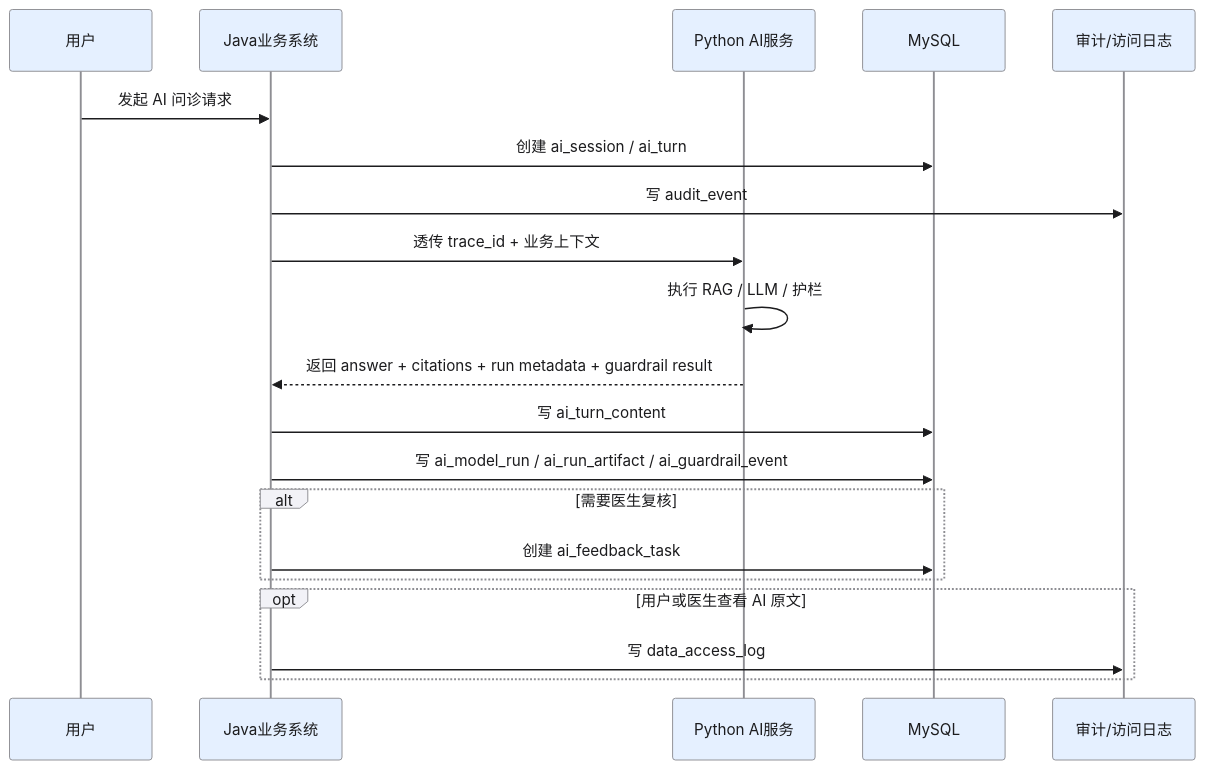
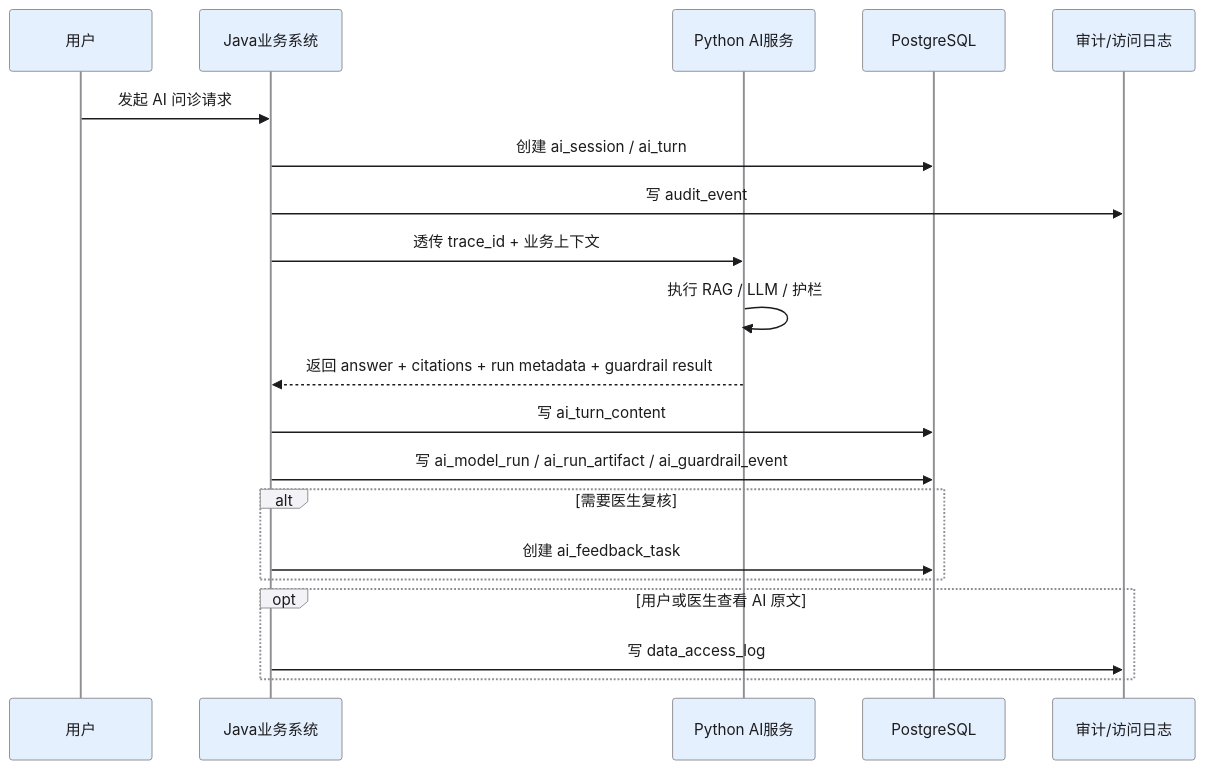
The second of 3 diagrams in docs/07B-AI-AUDIT-V3.md (JianwenShaw/MediAskDocs), drawn with Mermaid before and after one commit. The commit also changed other lines of this file and 15 other files, not shown here.

Commit message:
refactor: 数据库存储架构升级,MySQL + Milvus 方案迁移至 PostgreSQL + PG Vector

````diff
--- a/docs/07B-AI-AUDIT-V3.md
+++ b/docs/07B-AI-AUDIT-V3.md
@@ -517,24 +522,24 @@
 ```mermaid
 %%{init: {'theme': 'base', 'themeVariables': {'primaryColor': '#E5F0FF', 'primaryTextColor': '#1C1C1E', 'primaryBorderColor': '#007AFF', 'lineColor': '#8E8E93', 'actorBkg': '#E5F0FF', 'actorTextColor': '#1C1C1E', 'actorBorder': '#8E8E93', 'activationBorderColor': '#8E8E93', 'activationBkgColor': '#F2F2F7', 'sequenceNumberColor': '#FFFFFF', 'signalColor': '#1C1C1E', 'labelBoxBkgColor': '#F2F2F7', 'labelBoxBorderColor': '#8E8E93', 'labelTextColor': '#1C1C1E', 'loopTextColor': '#1C1C1E', 'noteBkgColor': '#FFF4E5', 'noteTextColor': '#1C1C1E', 'noteBorderColor': '#8E8E93'}}}%%
 sequenceDiagram
     participant User as 用户
     participant Java as Java业务系统
     participant Py as Python AI服务
-    participant DB as MySQL
+    participant DB as PostgreSQL
     participant Audit as 审计/访问日志
 
     User->>Java: 发起 AI 问诊请求
     Java->>DB: 创建 ai_session / ai_turn
     Java->>Audit: 写 audit_event
     Java->>Py: 透传 trace_id + 业务上下文
     Py->>Py: 执行 RAG / LLM / 护栏
     Py-->>Java: 返回 answer + citations + run metadata + guardrail result
     Java->>DB: 写 ai_turn_content
     Java->>DB: 写 ai_model_run / ai_run_artifact / ai_guardrail_event
     alt 需要医生复核
         Java->>DB: 创建 ai_feedback_task
     end
     opt 用户或医生查看 AI 原文
         Java->>Audit: 写 data_access_log
     end
 ```
````
